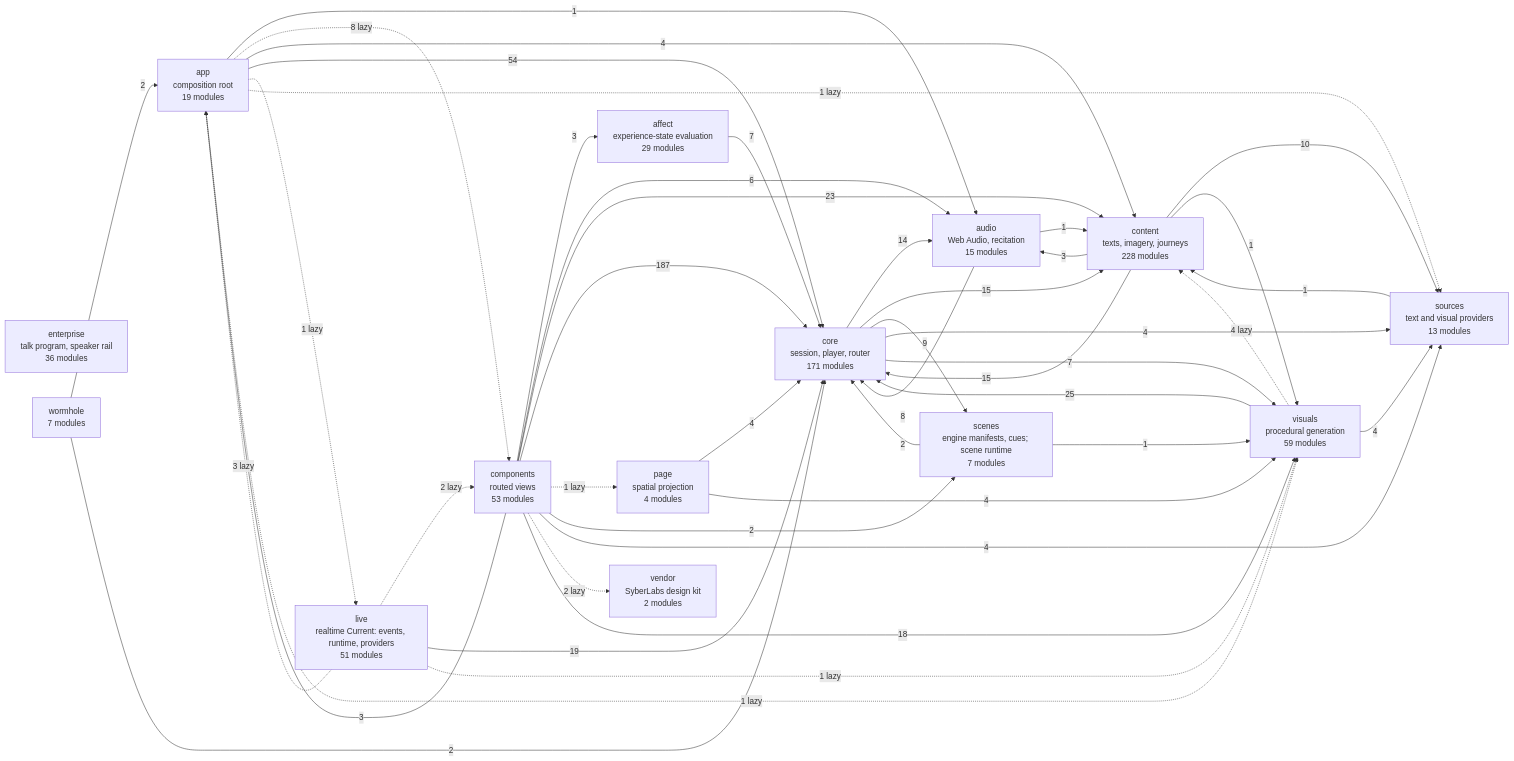
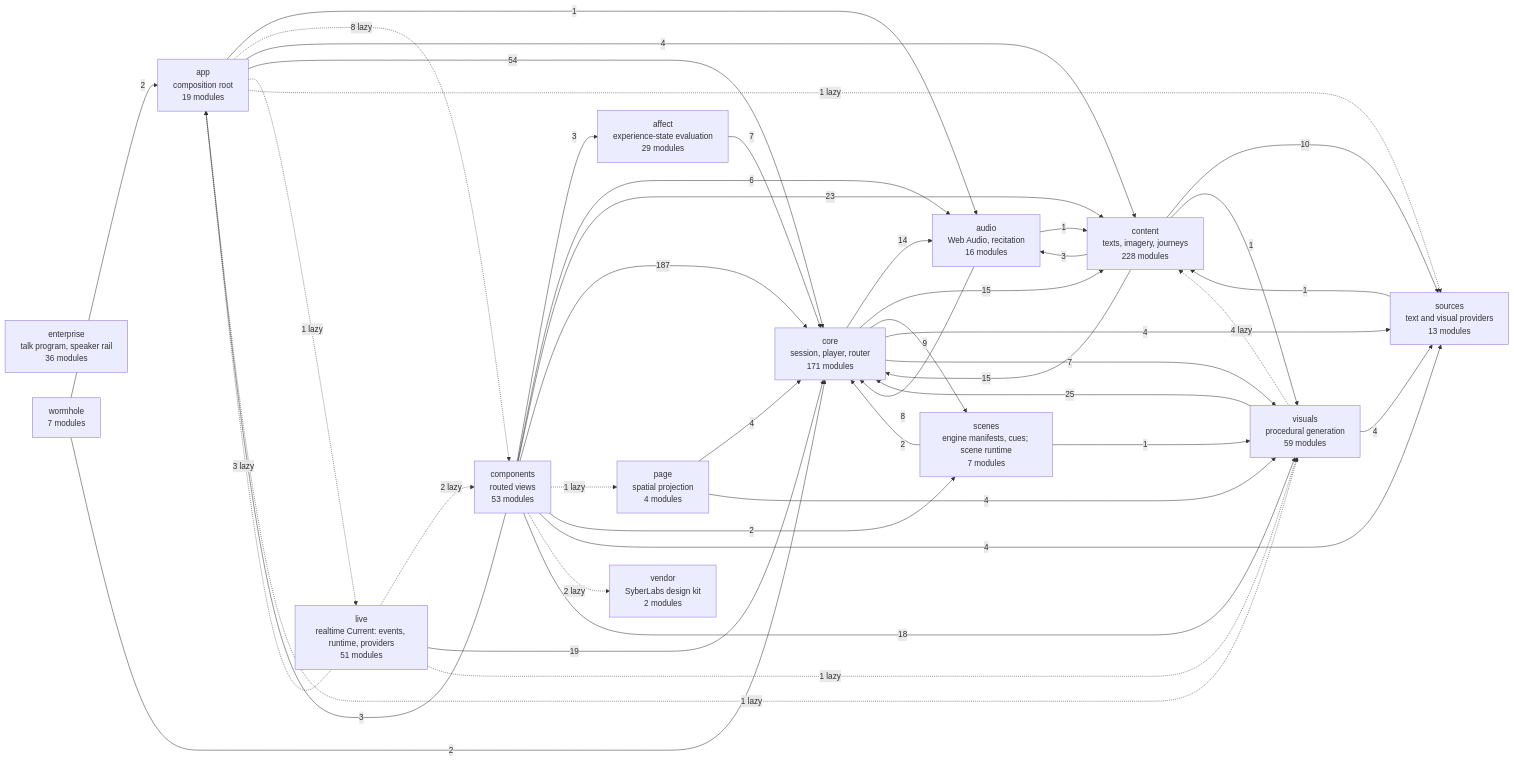
The diagram in docs/specs/ARCHITECTURE.md (SyberLabs/RISE), drawn with Mermaid before and after one commit. The commit also changed 29 other files, not shown here.

````diff
--- a/docs/specs/ARCHITECTURE.md
+++ b/docs/specs/ARCHITECTURE.md
@@ -161,61 +161,61 @@
 ```mermaid
 flowchart LR
     affect["affect<br/>experience-state evaluation<br/>29 modules"]
     app["app<br/>composition root<br/>19 modules"]
-    audio["audio<br/>Web Audio, recitation<br/>15 modules"]
+    audio["audio<br/>Web Audio, recitation<br/>16 modules"]
     components["components<br/>routed views<br/>53 modules"]
     content["content<br/>texts, imagery, journeys<br/>228 modules"]
     core["core<br/>session, player, router<br/>171 modules"]
     enterprise["enterprise<br/>talk program, speaker rail<br/>36 modules"]
     live["live<br/>realtime Current: events, runtime, providers<br/>51 modules"]
     page["page<br/>spatial projection<br/>4 modules"]
     scenes["scenes<br/>engine manifests, cues; scene runtime<br/>7 modules"]
     sources["sources<br/>text and visual providers<br/>13 modules"]
     vendor["vendor<br/>SyberLabs design kit<br/>2 modules"]
     visuals["visuals<br/>procedural generation<br/>59 modules"]
     wormhole["wormhole<br/>7 modules"]
 
     affect --> |7| core
     app --> |1| audio
     app -.-> |8 lazy| components
     app --> |4| content
     app --> |54| core
     app -.-> |1 lazy| live
     app -.-> |1 lazy| sources
     app -.-> |1 lazy| visuals
     audio --> |1| content
     audio --> |8| core
     components --> |3| affect
     components --> |3| app
     components --> |6| audio
     components --> |23| content
     components --> |187| core
     components -.-> |1 lazy| page
     components --> |2| scenes
     components --> |4| sources
     components -.-> |2 lazy| vendor
     components --> |18| visuals
     content --> |3| audio
     content --> |15| core
     content --> |10| sources
     content --> |1| visuals
     core --> |14| audio
     core --> |15| content
     core --> |9| scenes
     core --> |4| sources
     core --> |7| visuals
     live -.-> |3 lazy| app
     live -.-> |2 lazy| components
     live --> |19| core
     live -.-> |1 lazy| visuals
     page --> |4| core
     page --> |4| visuals
     scenes --> |2| core
     scenes --> |1| visuals
     sources --> |1| content
     visuals -.-> |4 lazy| content
     visuals --> |25| core
     visuals --> |4| sources
     wormhole --> |2| app
     wormhole --> |2| core
 ```
````
